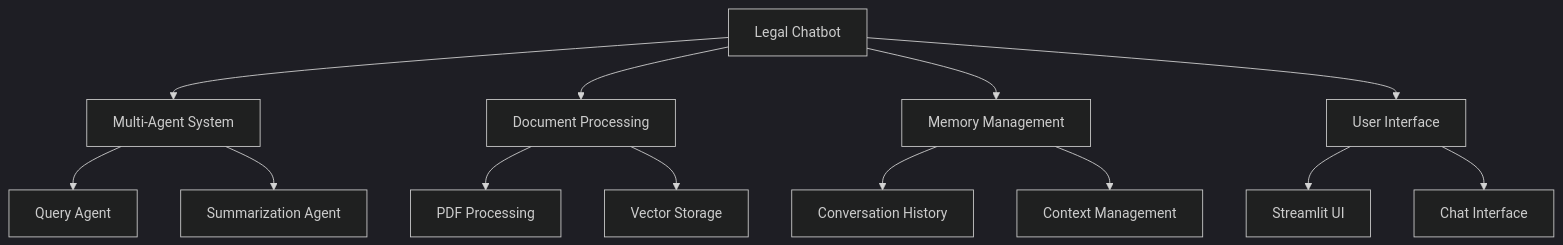
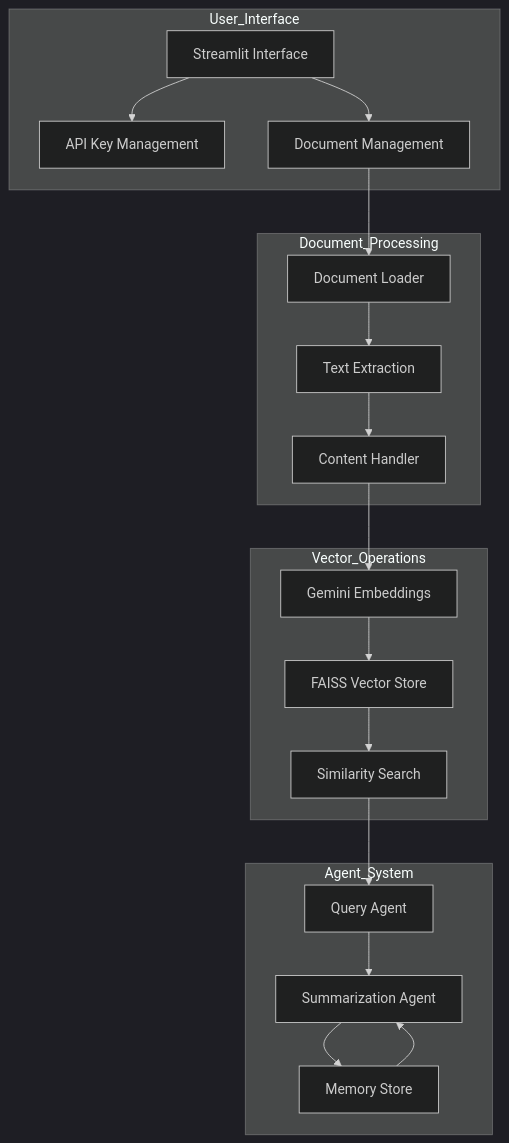
Before and after one commit to srikrishnavansi/Multi_Agent-Legal-chatbot: the first of 8 diagrams in README.md, drawn with Mermaid (dark theme). The commit also changed other lines of this file, not shown here.

````diff
--- a/README.md
+++ b/README.md
@@ -10,19 +12,39 @@
 ```mermaid
-graph TD
-    A[Legal Chatbot] --> B[Multi-Agent System]
-    A --> C[Document Processing]
-    A --> D[Memory Management]
-    A --> E[User Interface]
-    
-    B --> B1[Query Agent]
-    B --> B2[Summarization Agent]
-    
-    C --> C1[PDF Processing]
-    C --> C2[Vector Storage]
-    
-    D --> D1[Conversation History]
-    D --> D2[Context Management]
-    
-    E --> E1[Streamlit UI]
-    E --> E2[Chat Interface]
+graph TB
+    subgraph User_Interface
+        UI[Streamlit Interface]
+        API[API Key Management]
+        DOCS[Document Management]
+    end
+
+    subgraph Document_Processing
+        DL[Document Loader]
+        TE[Text Extraction]
+        CH[Content Handler]
+    end
+
+    subgraph Vector_Operations
+        EMB[Gemini Embeddings]
+        VS[FAISS Vector Store]
+        SIM[Similarity Search]
+    end
+
+    subgraph Agent_System
+        QA[Query Agent]
+        SA[Summarization Agent]
+        MEM[Memory Store]
+    end
+
+    UI --> API
+    UI --> DOCS
+    DOCS --> DL
+    DL --> TE
+    TE --> CH
+    CH --> EMB
+    EMB --> VS
+    VS --> SIM
+    SIM --> QA
+    QA --> SA
+    SA --> MEM
+    MEM --> SA
 ```
````
